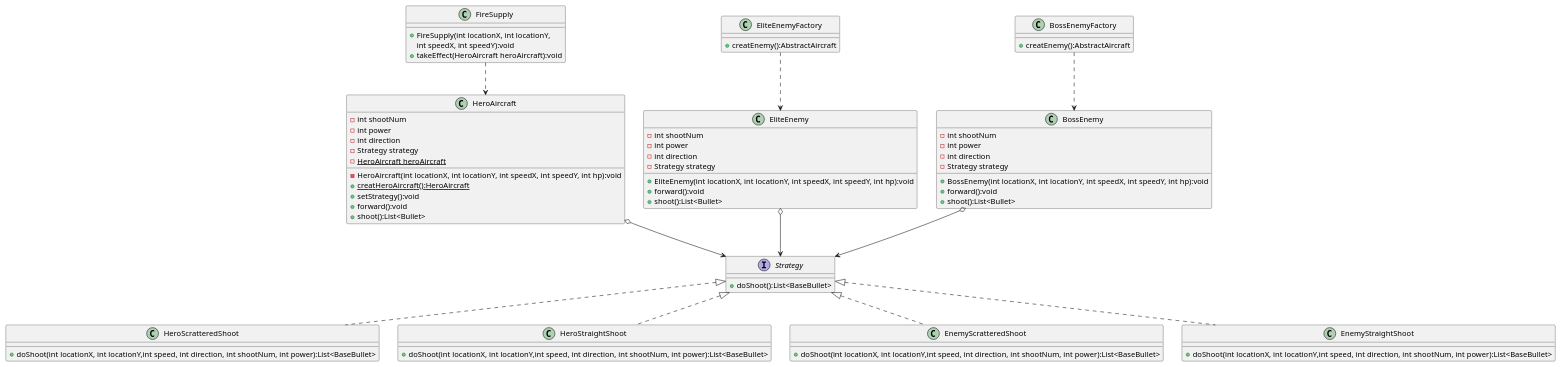
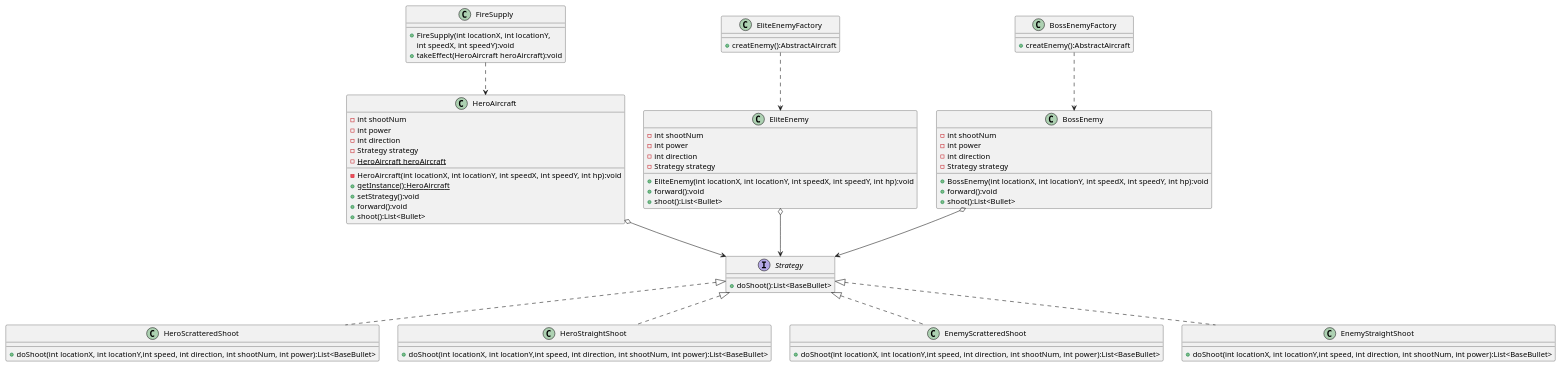
One commit to Lokshaw-Chau/AircraftWar changed the diagram in uml/StategyPattern.puml. Above: the diagram before and after it, drawn with PlantUML. The commit also changed 23 other files, not shown here.

```diff
--- a/uml/StategyPattern.puml
+++ b/uml/StategyPattern.puml
@@ -1,82 +1,82 @@
 @startuml
 'https://plantuml.com/class-diagram
 class FireSupply{
     + FireSupply(int locationX, int locationY,
     int speedX, int speedY):void
     + takeEffect(HeroAircraft heroAircraft):void
 }
 
  class EliteEnemyFactory{
      + creatEnemy():AbstractAircraft
  }
 
  class BossEnemyFactory{
      + creatEnemy():AbstractAircraft
  }
  class HeroAircraft {
     - int shootNum
     - int power
     - int direction
     - Strategy strategy
     - {static} HeroAircraft heroAircraft
     - HeroAircraft(int locationX, int locationY, int speedX, int speedY, int hp):void
-    + {static}creatHeroAircraft():HeroAircraft
+    + {static}getInstance():HeroAircraft
     + setStrategy():void
     + forward():void
     + shoot():List<Bullet>
 }
 
 
 class EliteEnemy{
     - int shootNum
     - int power
     - int direction
     - Strategy strategy
     + EliteEnemy(int locationX, int locationY, int speedX, int speedY, int hp):void
     + forward():void
     + shoot():List<Bullet>
 }
 
 class BossEnemy{
     - int shootNum
     - int power
     - int direction
     - Strategy strategy
     + BossEnemy(int locationX, int locationY, int speedX, int speedY, int hp):void
     + forward():void
     + shoot():List<Bullet>
 }
 
 EliteEnemyFactory ..> EliteEnemy
 EliteEnemy o--> Strategy
 BossEnemyFactory ..> BossEnemy
 BossEnemy o--> Strategy
  interface Strategy{
  + doShoot():List<BaseBullet>
  }
 
 FireSupply ..> HeroAircraft
 HeroAircraft o--> Strategy
 
 class HeroScratteredShoot{
     + doShoot(int locationX, int locationY,int speed, int direction, int shootNum, int power):List<BaseBullet>
 }
 
 class HeroStraightShoot{
     + doShoot(int locationX, int locationY,int speed, int direction, int shootNum, int power):List<BaseBullet>
 }
 
 class EnemyScratteredShoot{
     + doShoot(int locationX, int locationY,int speed, int direction, int shootNum, int power):List<BaseBullet>
 }
 
 class EnemyStraightShoot{
     + doShoot(int locationX, int locationY,int speed, int direction, int shootNum, int power):List<BaseBullet>
 }
 
 Strategy<|.. HeroScratteredShoot
 Strategy<|.. HeroStraightShoot
 Strategy<|.. EnemyStraightShoot
 Strategy<|.. EnemyScratteredShoot
 
 @enduml
```
